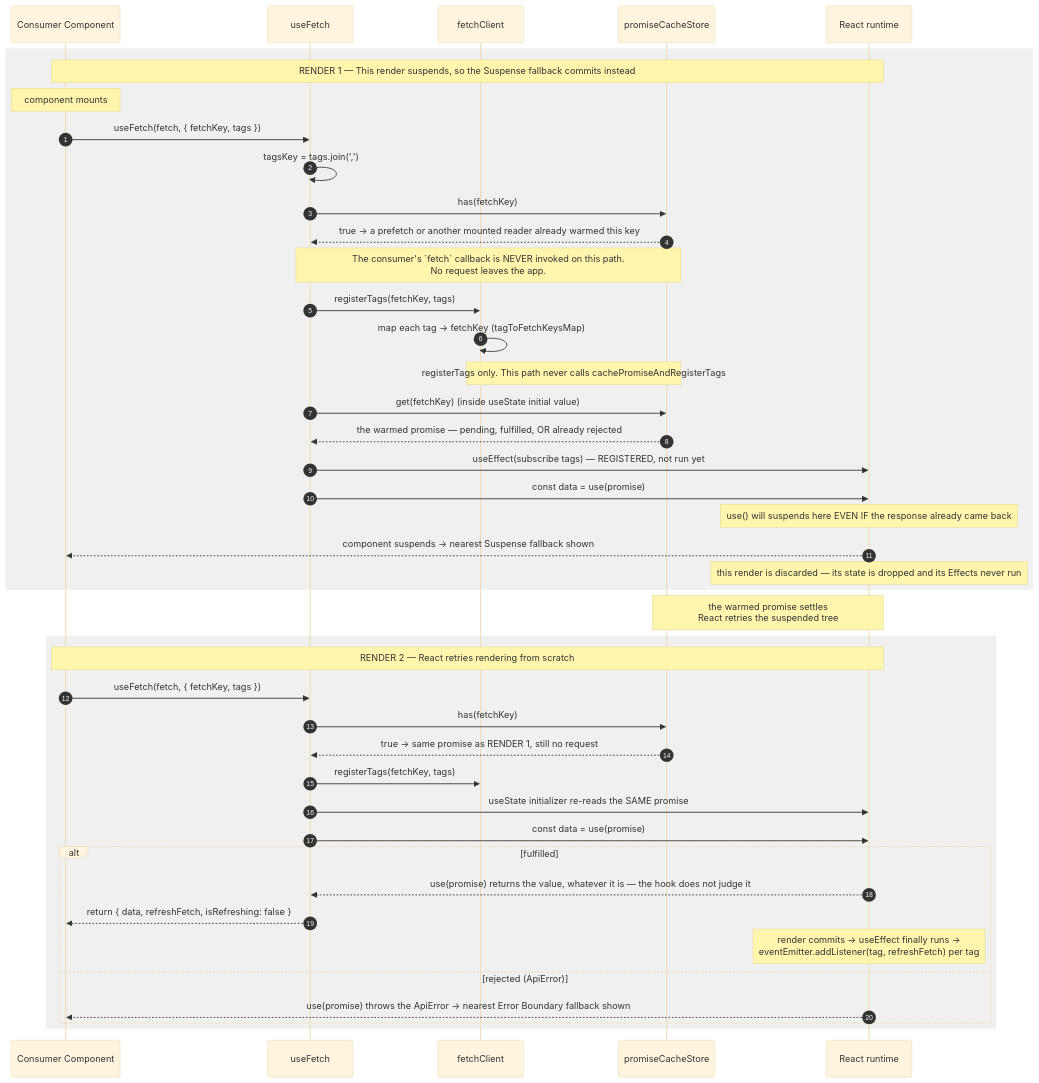
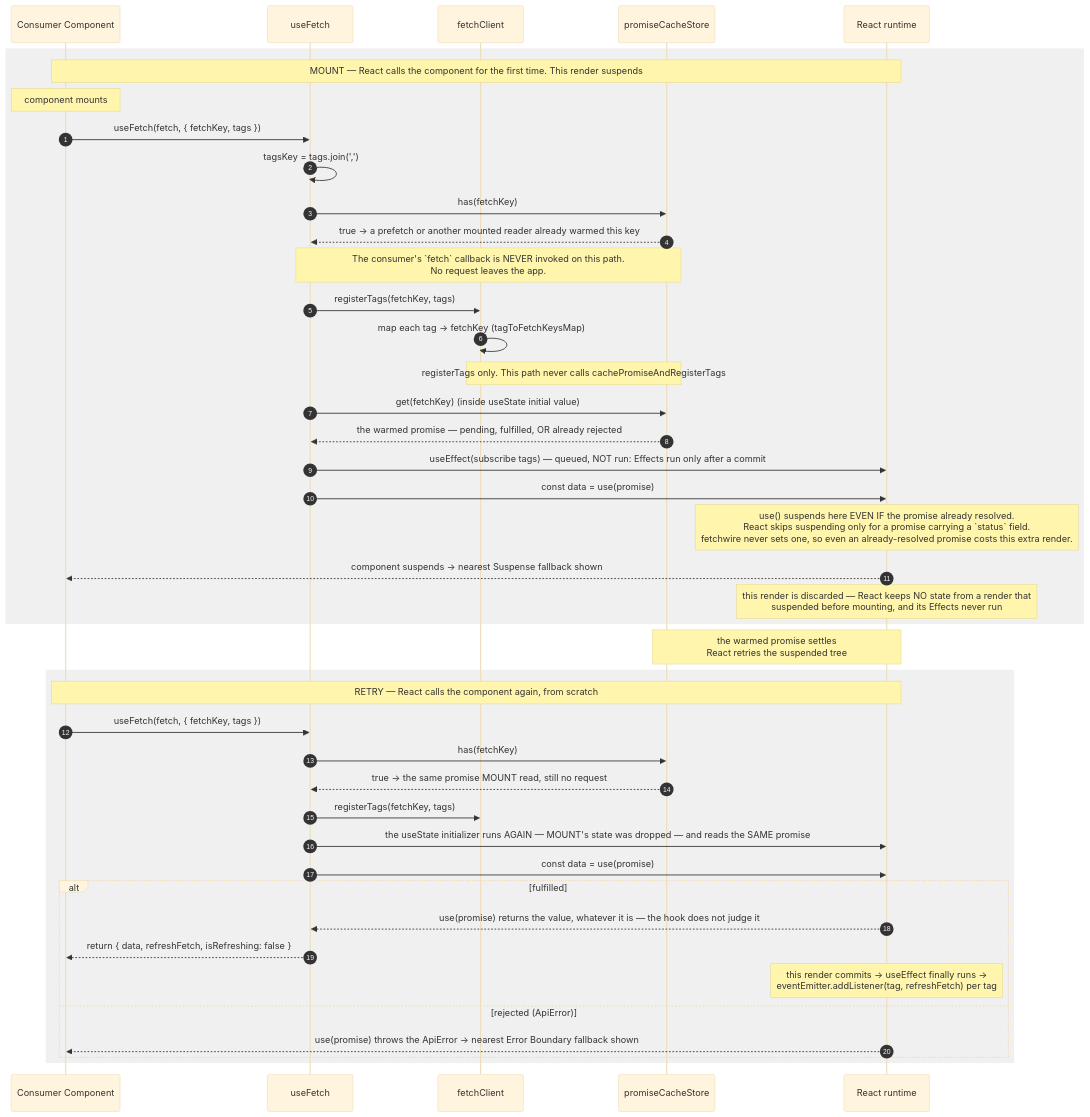
One commit to chuhaiphu/fetchwire changed the second of 5 diagrams in docs/architecture/USE-FETCH-FLOW.md. Above: the diagram before and after it, drawn with Mermaid (base theme). The commit also changed other lines of this file and 4 other files, not shown here.

Commit message:
chore: update changelog for version 6.0.1, document fixes and changes in README and USE-FETCH-FLOW

````diff
--- a/docs/architecture/USE-FETCH-FLOW.md
+++ b/docs/architecture/USE-FETCH-FLOW.md
@@ -39,52 +57,52 @@
 ```mermaid
 sequenceDiagram
     autonumber
     participant Cmp as Consumer Component
     participant H as useFetch
     participant FC as fetchClient
     participant Cache as promiseCacheStore
     participant React as React runtime
 
     rect rgba(128,128,128,0.12)
-        Note over Cmp,React: RENDER 1 — This render suspends, so the Suspense fallback commits instead
+        Note over Cmp,React: MOUNT — React calls the component for the first time. This render suspends
         Note over Cmp: component mounts
         Cmp->>H: useFetch(fetch, { fetchKey, tags })
         H->>H: tagsKey = tags.join(',')
         H->>Cache: has(fetchKey)
         Cache-->>H: true → a prefetch or another mounted reader already warmed this key
 
         Note over H,Cache: The consumer's `fetch` callback is NEVER invoked on this path.<br/>No request leaves the app.
         H->>FC: registerTags(fetchKey, tags)
         FC->>FC: map each tag → fetchKey (tagToFetchKeysMap)
 
         Note over FC,Cache: registerTags only. This path never calls cachePromiseAndRegisterTags
         H->>Cache: get(fetchKey)  (inside useState initial value)
         Cache-->>H: the warmed promise — pending, fulfilled, OR already rejected
-        H->>React: useEffect(subscribe tags) — REGISTERED, not run yet
+        H->>React: useEffect(subscribe tags) — queued, NOT run: Effects run only after a commit
         H->>React: const data = use(promise)
 
-        Note over React: use() will suspends here EVEN IF the response already came back
+        Note over React: use() suspends here EVEN IF the promise already resolved.<br/>React skips suspending only for a promise carrying a `status` field.<br/>fetchwire never sets one, so even an already-resolved promise costs this extra render.
         React-->>Cmp: component suspends → nearest Suspense fallback shown
-        Note over React: this render is discarded — its state is dropped and its Effects never run
+        Note over React: this render is discarded — React keeps NO state from a render that<br/>suspended before mounting, and its Effects never run
     end
 
     Note over Cache,React: the warmed promise settles<br/>React retries the suspended tree
 
     rect rgba(128,128,128,0.12)
-        Note over Cmp,React: RENDER 2 — React retries rendering from scratch
+        Note over Cmp,React: RETRY — React calls the component again, from scratch
         Cmp->>H: useFetch(fetch, { fetchKey, tags })
         H->>Cache: has(fetchKey)
-        Cache-->>H: true → same promise as RENDER 1, still no request
+        Cache-->>H: true → the same promise MOUNT read, still no request
         H->>FC: registerTags(fetchKey, tags)
-        H->>React: useState initializer re-reads the SAME promise
+        H->>React: the useState initializer runs AGAIN — MOUNT's state was dropped — and reads the SAME promise
         H->>React: const data = use(promise)
 
         alt fulfilled
             React-->>H: use(promise) returns the value, whatever it is — the hook does not judge it
             H-->>Cmp: return { data, refreshFetch, isRefreshing: false }
-            Note over React: render commits → useEffect finally runs →<br/>eventEmitter.addListener(tag, refreshFetch) per tag
+            Note over React: this render commits → useEffect finally runs →<br/>eventEmitter.addListener(tag, refreshFetch) per tag
         else rejected (ApiError)
             React-->>Cmp: use(promise) throws the ApiError → nearest Error Boundary fallback shown
         end
     end
 ```
````
